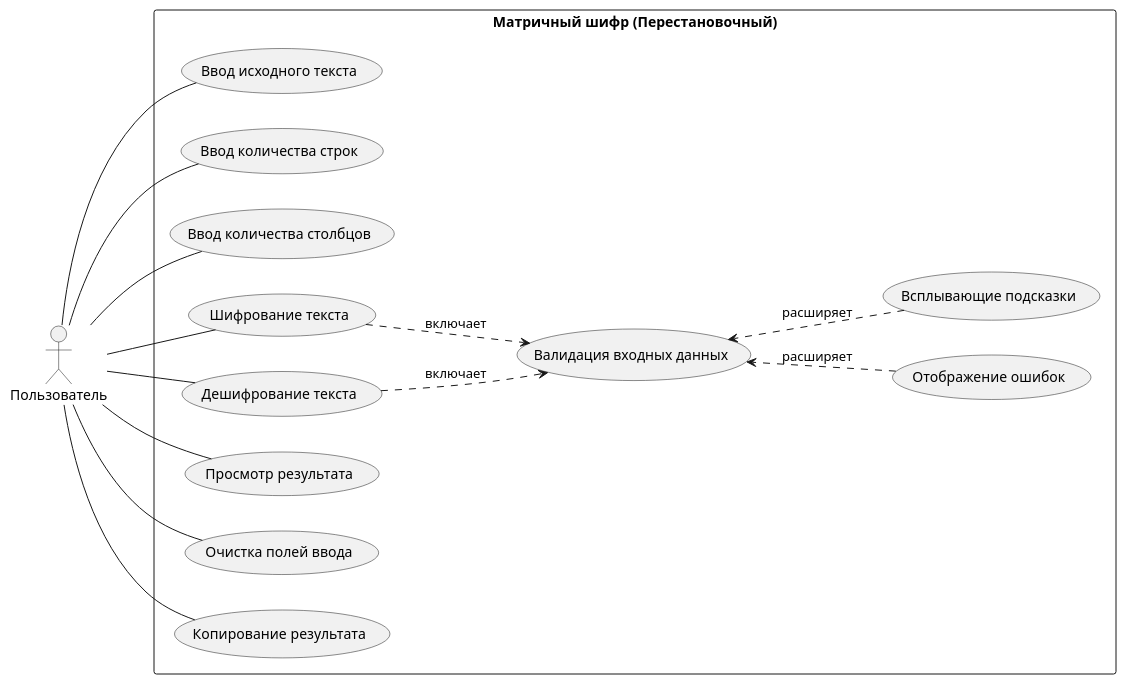
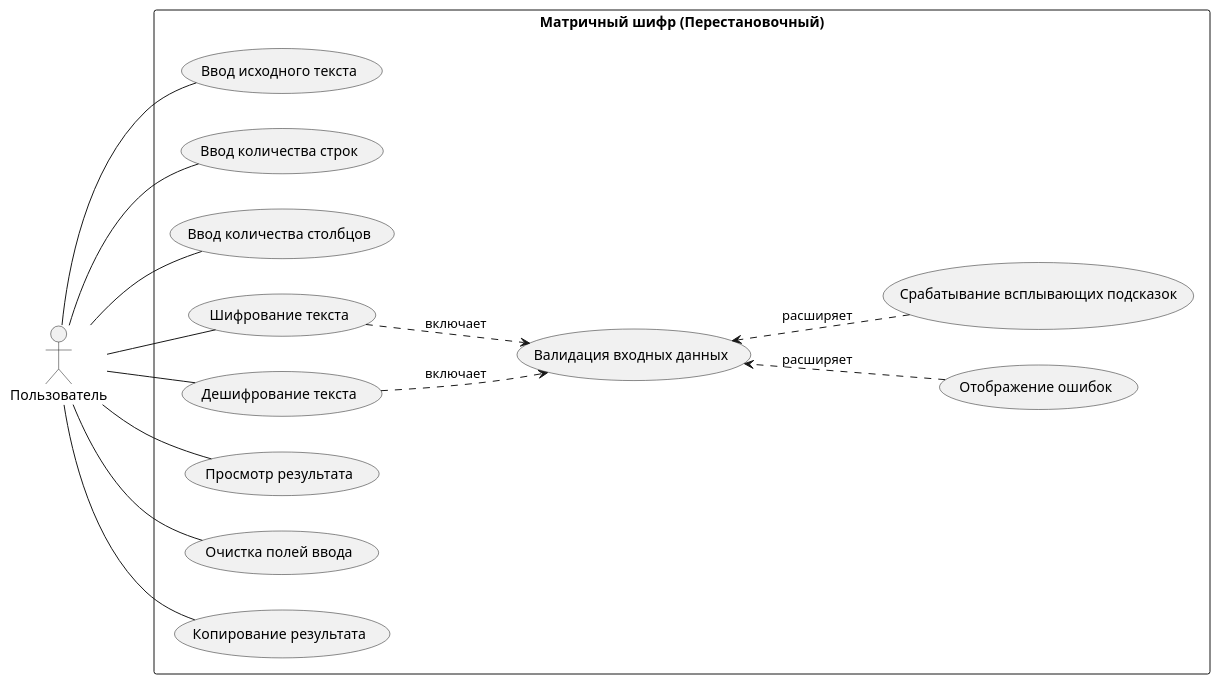
One commit to Zdeviant00/2ozISIP1624_Mizin_PTPM_PR10 changed the diagram in usecase.puml. Above: the diagram before and after it, drawn with PlantUML.

```diff
--- a/usecase.puml
+++ b/usecase.puml
@@ -1,49 +1,49 @@
 @startuml
 left to right direction
 
 actor "Пользователь" as User
 
 rectangle "Матричный шифр (Перестановочный)" {
   
   ' === Основные функции ===
   (Ввод исходного текста) as UC1
   (Ввод количества строк) as UC2
   (Ввод количества столбцов) as UC3
   (Шифрование текста) as UC4
   (Дешифрование текста) as UC5
   (Просмотр результата) as UC6
   
   UC1 -[hidden]right-> UC2
   UC2 -[hidden]right-> UC3
   UC3 -[hidden]right-> UC4
   UC4 -[hidden]right-> UC5
   UC5 -[hidden]right-> UC6
   
   (Очистка полей ввода) as UC7
   (Копирование результата) as UC8
   
   UC6 -[hidden]right-> UC7
   UC7 -[hidden]right-> UC8
   
   (Валидация входных данных) as UC9
   (Отображение ошибок) as UC10
-  (Всплывающие подсказки) as UC11
+  (Срабатывание всплывающих подсказок) as UC11
   
   UC9 -[hidden]down-> UC10
   UC10 -[hidden]right-> UC11
   
   UC4 ..> UC9 : включает
   UC5 ..> UC9 : включает
   UC10 ..> UC9 : расширяет
   UC11 ..> UC9 : расширяет
 }
 
 User -- UC1
 User -- UC2
 User -- UC3
 User -- UC4
 User -- UC5
 User -- UC6
 User -- UC7
 User -- UC8
 @enduml
```
